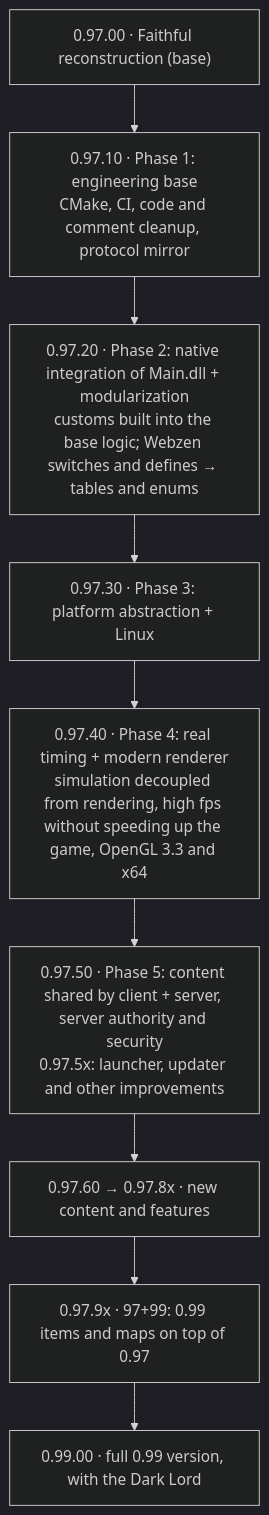
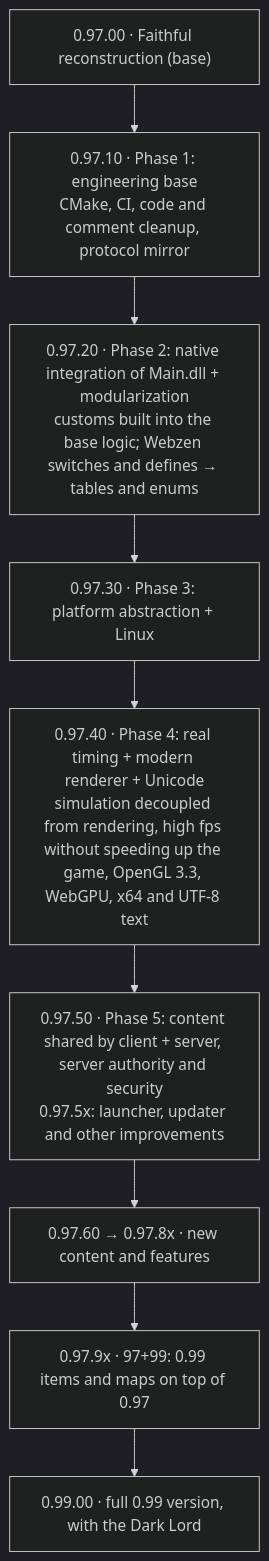
Before and after one commit to EmanuelCatania/Mu-97k-Client-Source: the first of 2 diagrams in README.en.md, drawn with Mermaid (dark theme). The commit also changed other lines of this file and 3 other files, not shown here.

````diff
--- a/README.en.md
+++ b/README.en.md
@@ -561,12 +675,12 @@
 ```mermaid
 flowchart TD
     F0["0.97.00 · Faithful reconstruction (base)"] --> F1
     F1["0.97.10 · Phase 1: engineering base<br/>CMake, CI, code and comment cleanup, protocol mirror"] --> F2
     F2["0.97.20 · Phase 2: native integration of Main.dll + modularization<br/>customs built into the base logic; Webzen switches and defines → tables and enums"] --> F3
     F3["0.97.30 · Phase 3: platform abstraction + Linux"] --> F4
-    F4["0.97.40 · Phase 4: real timing + modern renderer<br/>simulation decoupled from rendering, high fps without speeding up the game, OpenGL 3.3 and x64"] --> F5
+    F4["0.97.40 · Phase 4: real timing + modern renderer + Unicode<br/>simulation decoupled from rendering, high fps without speeding up the game, OpenGL 3.3, WebGPU, x64 and UTF-8 text"] --> F5
     F5["0.97.50 · Phase 5: content shared by client + server, server authority and security<br/>0.97.5x: launcher, updater and other improvements"] --> F6
     F6["0.97.60 → 0.97.8x · new content and features"] --> F9
     F9["0.97.9x · 97+99: 0.99 items and maps on top of 0.97"] --> V99
     V99["0.99.00 · full 0.99 version, with the Dark Lord"]
 ```
````
